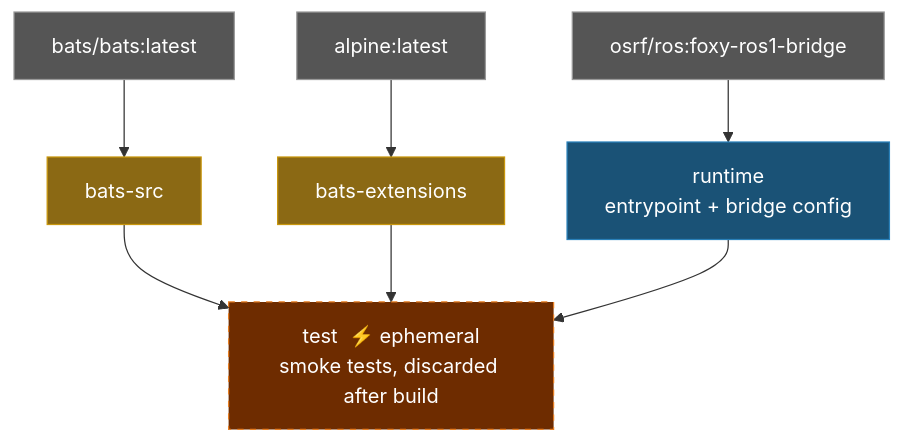
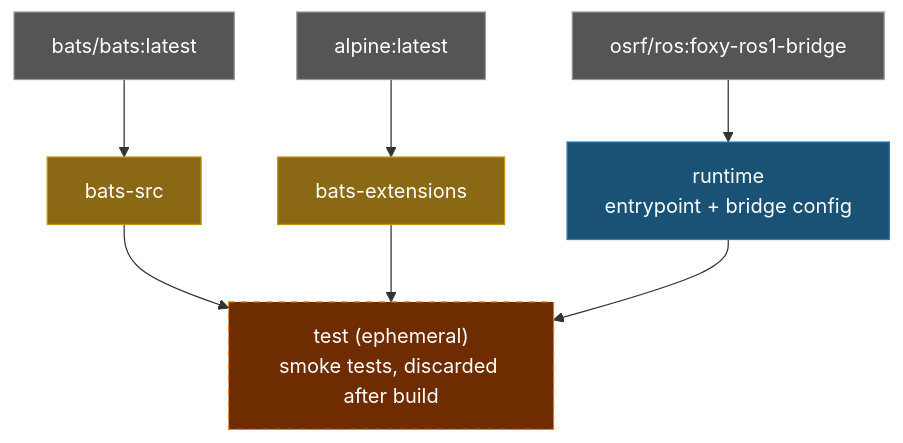
One commit to ycpss91255-docker/ros1_bridge changed the diagram in README.md. Above: the diagram before and after it, drawn with Mermaid. The commit also changed 3 other files, not shown here.

Commit message:
docs: remove ⚡ emoji and translate ephemeral in architecture diagrams

````diff
--- a/README.md
+++ b/README.md
@@ -99,20 +99,20 @@
 ```mermaid
 graph TD
     EXT1["bats/bats:latest"]:::external
     EXT2["alpine:latest"]:::external
     EXT3["osrf/ros:foxy-ros1-bridge"]:::external
 
     EXT1 --> bats-src["bats-src"]:::tool
     EXT2 --> bats-ext["bats-extensions"]:::tool
 
     EXT3 --> runtime["runtime\nentrypoint + bridge config"]:::stage
 
-    bats-src --> test["test  ⚡ ephemeral\nsmoke tests, discarded after build"]:::ephemeral
+    bats-src --> test["test (ephemeral)\nsmoke tests, discarded after build"]:::ephemeral
     bats-ext --> test
     runtime --> test
 
     classDef external fill:#555,color:#fff,stroke:#999
     classDef tool fill:#8B6914,color:#fff,stroke:#c8960c
     classDef stage fill:#1a5276,color:#fff,stroke:#2980b9
     classDef ephemeral fill:#6e2c00,color:#fff,stroke:#e67e22,stroke-dasharray:5 5
 ```
````
